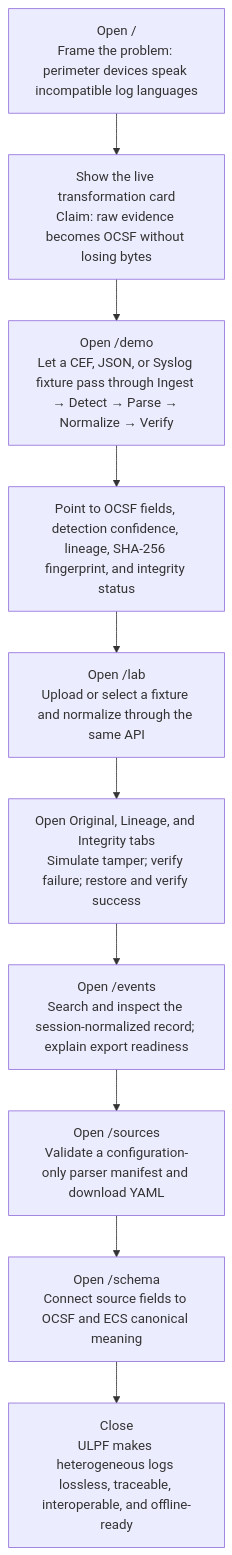
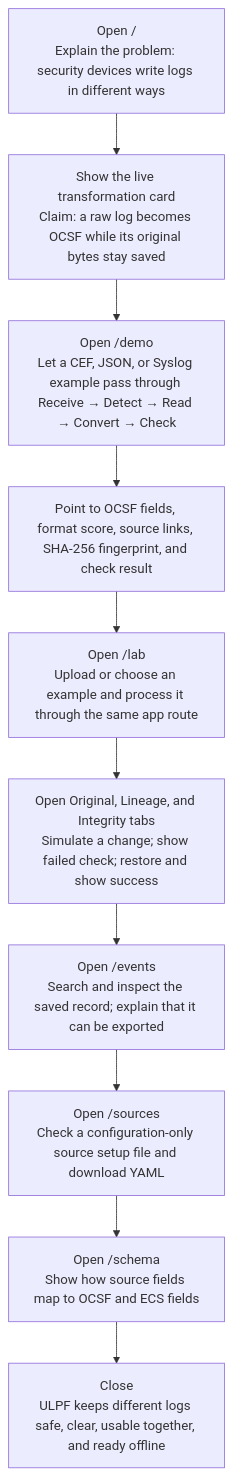
The third of 3 diagrams in universal-log_ps/WEBSITE_ROUTE_AND_DEMO_GUIDE.md (wrestle-R/SIH2026-weather), drawn with Mermaid before and after one commit. The commit also changed other lines of this file and 11 other files, not shown here.

````diff
--- a/universal-log_ps/WEBSITE_ROUTE_AND_DEMO_GUIDE.md
+++ b/universal-log_ps/WEBSITE_ROUTE_AND_DEMO_GUIDE.md
@@ -139,12 +139,12 @@
 ```mermaid
 flowchart TD
-    A["Open /\nFrame the problem: perimeter devices speak incompatible log languages"] --> B["Show the live transformation card\nClaim: raw evidence becomes OCSF without losing bytes"]
-    B --> C["Open /demo\nLet a CEF, JSON, or Syslog fixture pass through Ingest → Detect → Parse → Normalize → Verify"]
-    C --> D["Point to OCSF fields, detection confidence, lineage, SHA-256 fingerprint, and integrity status"]
-    D --> E["Open /lab\nUpload or select a fixture and normalize through the same API"]
-    E --> F["Open Original, Lineage, and Integrity tabs\nSimulate tamper; verify failure; restore and verify success"]
-    F --> G["Open /events\nSearch and inspect the session-normalized record; explain export readiness"]
-    G --> H["Open /sources\nValidate a configuration-only parser manifest and download YAML"]
-    H --> I["Open /schema\nConnect source fields to OCSF and ECS canonical meaning"]
-    I --> J["Close\nULPF makes heterogeneous logs lossless, traceable, interoperable, and offline-ready"]
+    A["Open /\nExplain the problem: security devices write logs in different ways"] --> B["Show the live transformation card\nClaim: a raw log becomes OCSF while its original bytes stay saved"]
+    B --> C["Open /demo\nLet a CEF, JSON, or Syslog example pass through Receive → Detect → Read → Convert → Check"]
+    C --> D["Point to OCSF fields, format score, source links, SHA-256 fingerprint, and check result"]
+    D --> E["Open /lab\nUpload or choose an example and process it through the same app route"]
+    E --> F["Open Original, Lineage, and Integrity tabs\nSimulate a change; show failed check; restore and show success"]
+    F --> G["Open /events\nSearch and inspect the saved record; explain that it can be exported"]
+    G --> H["Open /sources\nCheck a configuration-only source setup file and download YAML"]
+    H --> I["Open /schema\nShow how source fields map to OCSF and ECS fields"]
+    I --> J["Close\nULPF keeps different logs safe, clear, usable together, and ready offline"]
 ```
````
